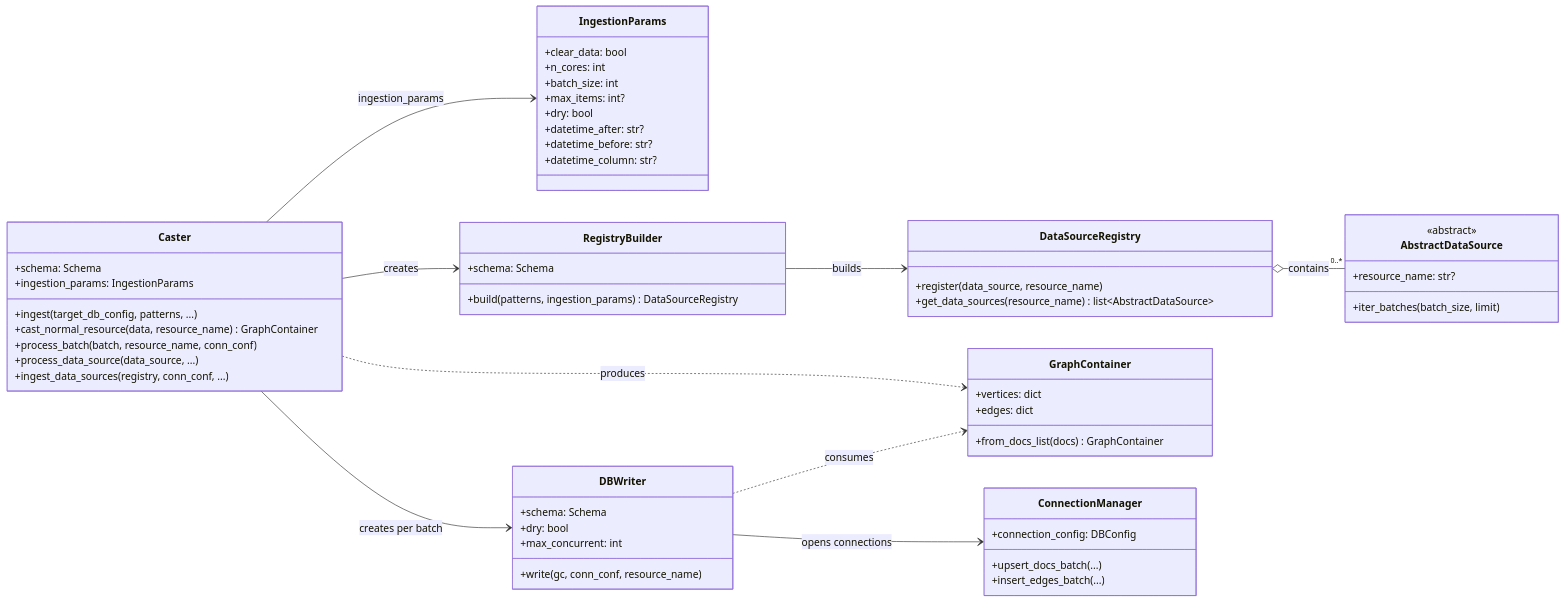
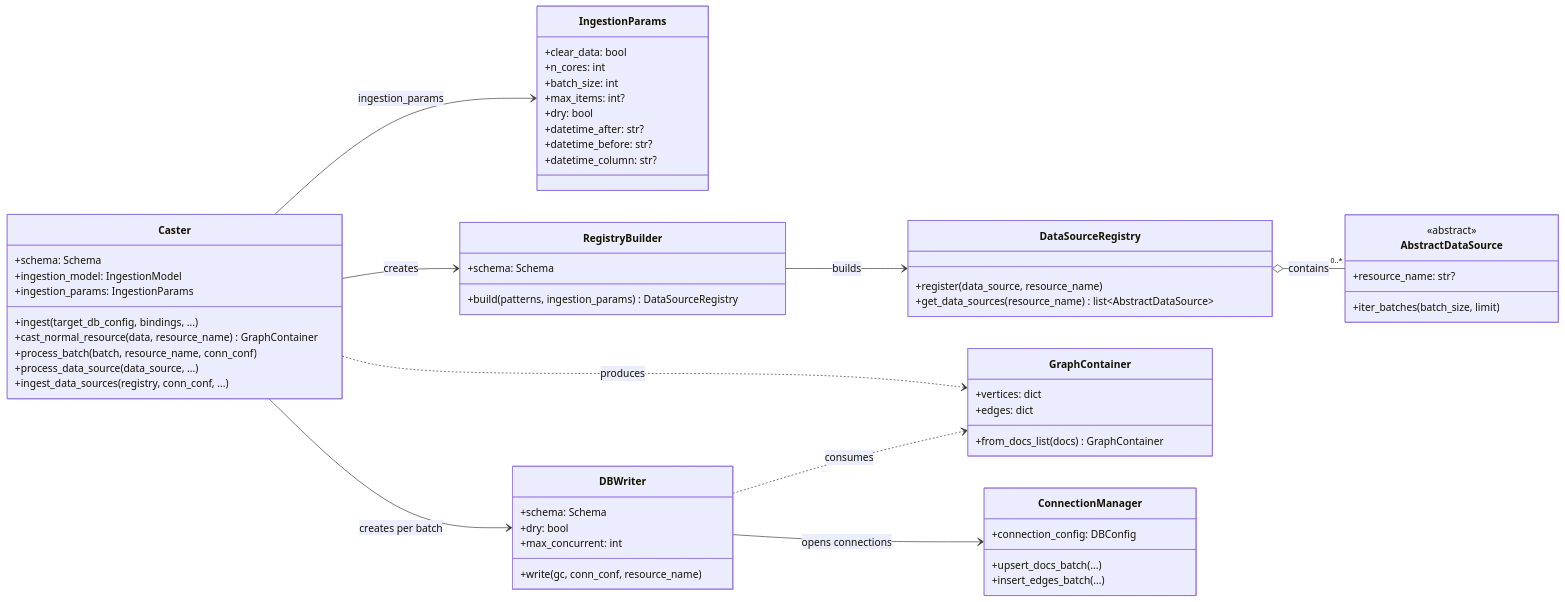
Before and after one commit to StevenBtw/graflo: the sixth of 8 diagrams in docs/concepts/index.md, drawn with Mermaid. The commit also changed other lines of this file and 97 other files, not shown here.

````diff
--- a/docs/concepts/index.md
+++ b/docs/concepts/index.md
@@ -359,69 +388,70 @@
 ```mermaid
 classDiagram
     direction LR
 
     class Caster {
         +schema: Schema
+        +ingestion_model: IngestionModel
         +ingestion_params: IngestionParams
-        +ingest(target_db_config, patterns, ...)
+        +ingest(target_db_config, bindings, ...)
         +cast_normal_resource(data, resource_name) GraphContainer
         +process_batch(batch, resource_name, conn_conf)
         +process_data_source(data_source, ...)
         +ingest_data_sources(registry, conn_conf, ...)
     }
 
     class IngestionParams {
         +clear_data: bool
         +n_cores: int
         +batch_size: int
         +max_items: int?
         +dry: bool
         +datetime_after: str?
         +datetime_before: str?
         +datetime_column: str?
     }
 
     class RegistryBuilder {
         +schema: Schema
         +build(patterns, ingestion_params) DataSourceRegistry
     }
 
     class DataSourceRegistry {
         +register(data_source, resource_name)
         +get_data_sources(resource_name) list~AbstractDataSource~
     }
 
     class DBWriter {
         +schema: Schema
         +dry: bool
         +max_concurrent: int
         +write(gc, conn_conf, resource_name)
     }
 
     class GraphContainer {
         +vertices: dict
         +edges: dict
         +from_docs_list(docs) GraphContainer
     }
 
     class ConnectionManager {
         +connection_config: DBConfig
         +upsert_docs_batch(...)
         +insert_edges_batch(...)
     }
 
     class AbstractDataSource {
         <<abstract>>
         +resource_name: str?
         +iter_batches(batch_size, limit)
     }
 
     Caster --> IngestionParams : ingestion_params
     Caster --> RegistryBuilder : creates
     RegistryBuilder --> DataSourceRegistry : builds
     Caster --> DBWriter : creates per batch
     Caster ..> GraphContainer : produces
     DBWriter ..> GraphContainer : consumes
     DBWriter --> ConnectionManager : opens connections
     DataSourceRegistry o-- "0..*" AbstractDataSource : contains
 ```
````
